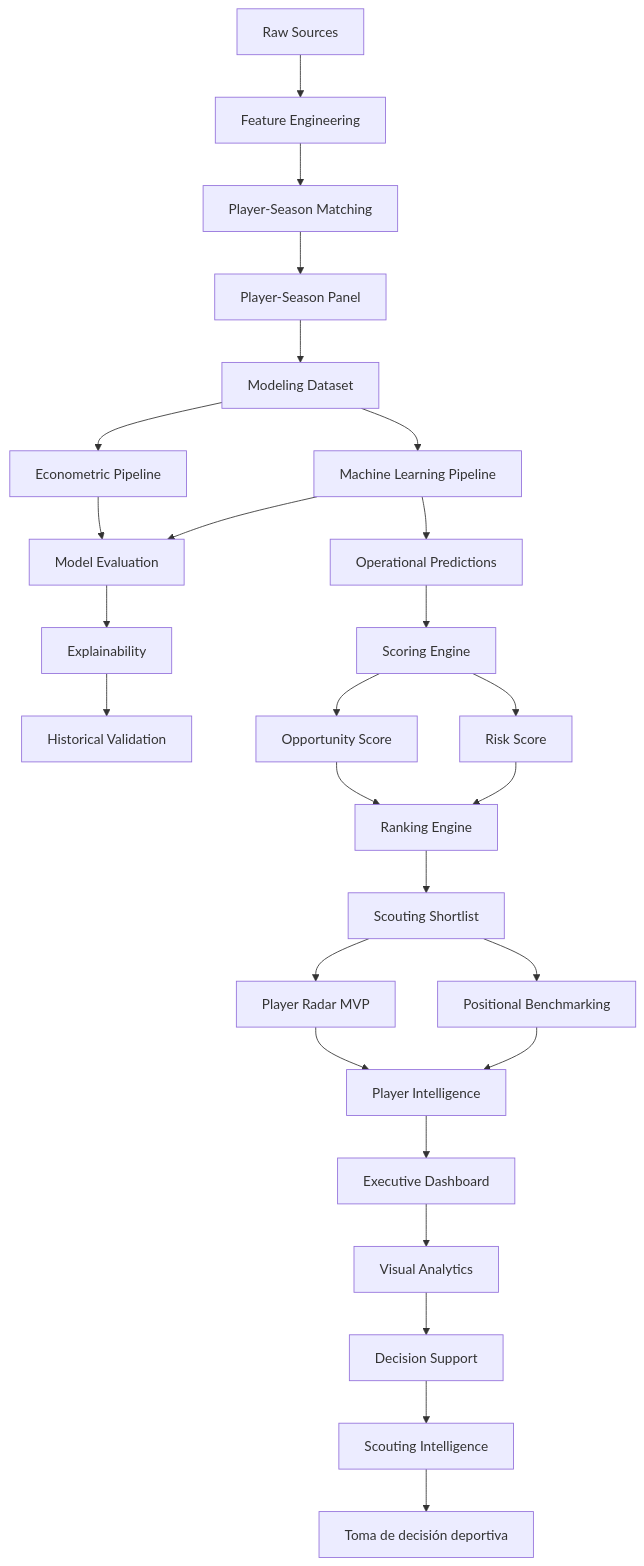
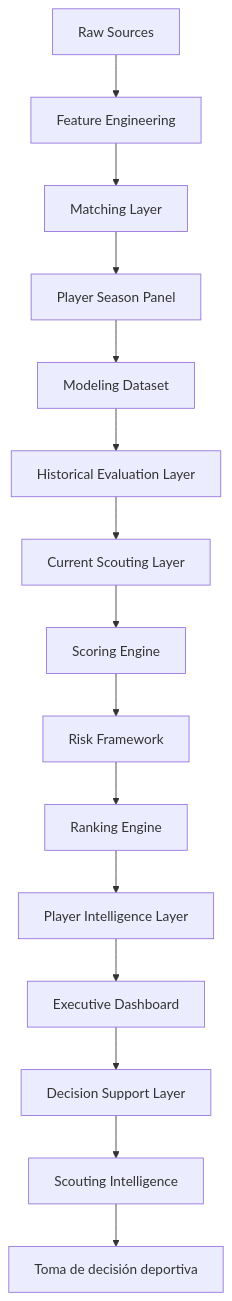
The second of 3 diagrams in README.md (manuelpeba/market-value-football-tfm), drawn with Mermaid before and after one commit. The commit also changed other lines of this file and 1 other file, not shown here.

````diff
--- a/README.md
+++ b/README.md
@@ -524,51 +313,32 @@
 ```mermaid
 flowchart TD
 
-A[Raw Sources] --> B[Feature Engineering]
-B --> C[Player-Season Matching]
-C --> D[Player-Season Panel]
+A[Raw Sources]
+--> B[Feature Engineering]
+
+B --> C[Matching Layer]
+
+C --> D[Player Season Panel]
+
 D --> E[Modeling Dataset]
 
-%% Historical Evaluation Layer
+E --> F[Historical Evaluation Layer]
 
-E --> F[Econometric Pipeline]
-E --> G[Machine Learning Pipeline]
+F --> G[Current Scouting Layer]
 
-F --> H[Model Evaluation]
-G --> H
+G --> H[Scoring Engine]
 
-H --> I[Explainability]
-I --> J[Historical Validation]
+H --> I[Risk Framework]
 
-%% Current Scouting Layer
+I --> J[Ranking Engine]
 
-G --> K[Operational Predictions]
+J --> K[Player Intelligence Layer]
 
-K --> L[Scoring Engine]
+K --> L[Executive Dashboard]
 
-L --> M[Opportunity Score]
-L --> N[Risk Score]
+L --> M[Decision Support Layer]
 
-M --> O[Ranking Engine]
-N --> O
+M --> N[Scouting Intelligence]
 
-%% Player Intelligence Layer
-
-O --> P[Scouting Shortlist]
-P --> Q[Player Radar MVP]
-P --> R[Positional Benchmarking]
-
-Q --> S[Player Intelligence]
-R --> S
-
-%% Decision Support Layer
-
-S --> T[Executive Dashboard]
-T --> U[Visual Analytics]
-U --> V[Decision Support]
-
-%% Business Outcome
-
-V --> W[Scouting Intelligence]
-W --> X[Toma de decisión deportiva]
+N --> O[Toma de decisión deportiva]
 ```
````
